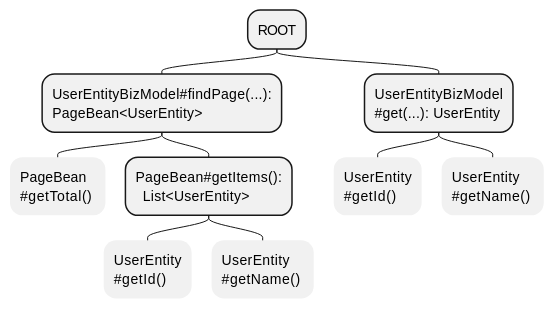
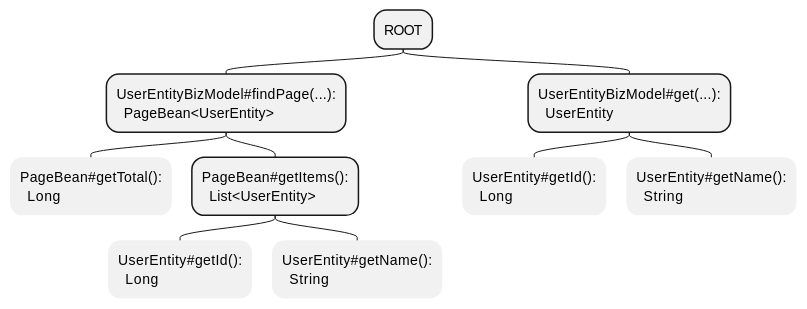
Before and after one commit to crazydan-studio/nop.crazydan.io: the eighth of 11 diagrams in docs/400.implement/400.component/100.graphql.md, drawn with PlantUML. The commit also changed other lines of this file, not shown here.

````diff
--- a/docs/400.implement/400.component/100.graphql.md
+++ b/docs/400.implement/400.component/100.graphql.md
@@ -874,23 +874,23 @@
 ```plantuml
 @startmindmap
 top to bottom direction
 
 <style>
 mindmapDiagram {
   .scalar {
     LineThickness 0
   }
 }
 </style>
 
 * ROOT
-** UserEntityBizModel#findPage(...):\nPageBean<UserEntity>
-*** PageBean\n~#getTotal() <<scalar>>
+** UserEntityBizModel#findPage(...):\n  PageBean<UserEntity>
+*** PageBean#getTotal():\n  Long <<scalar>>
 *** PageBean~#getItems():\n  List<UserEntity>
-**** UserEntity\n~#getId() <<scalar>>
-**** UserEntity\n~#getName() <<scalar>>
-** UserEntityBizModel\n~#get(...): UserEntity
-*** UserEntity\n~#getId() <<scalar>>
-*** UserEntity\n~#getName() <<scalar>>
+**** UserEntity#getId():\n  Long <<scalar>>
+**** UserEntity#getName():\n  String <<scalar>>
+** UserEntityBizModel#get(...):\n  UserEntity
+*** UserEntity#getId():\n  Long <<scalar>>
+*** UserEntity#getName():\n  String <<scalar>>
 @endmindmap
 ```
````
